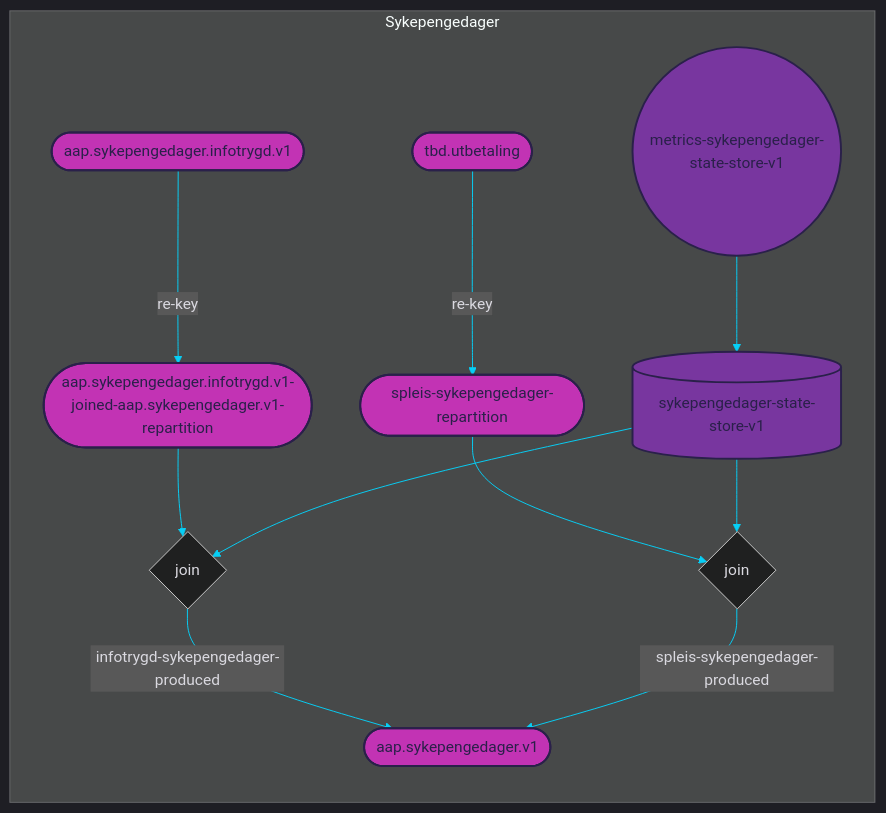
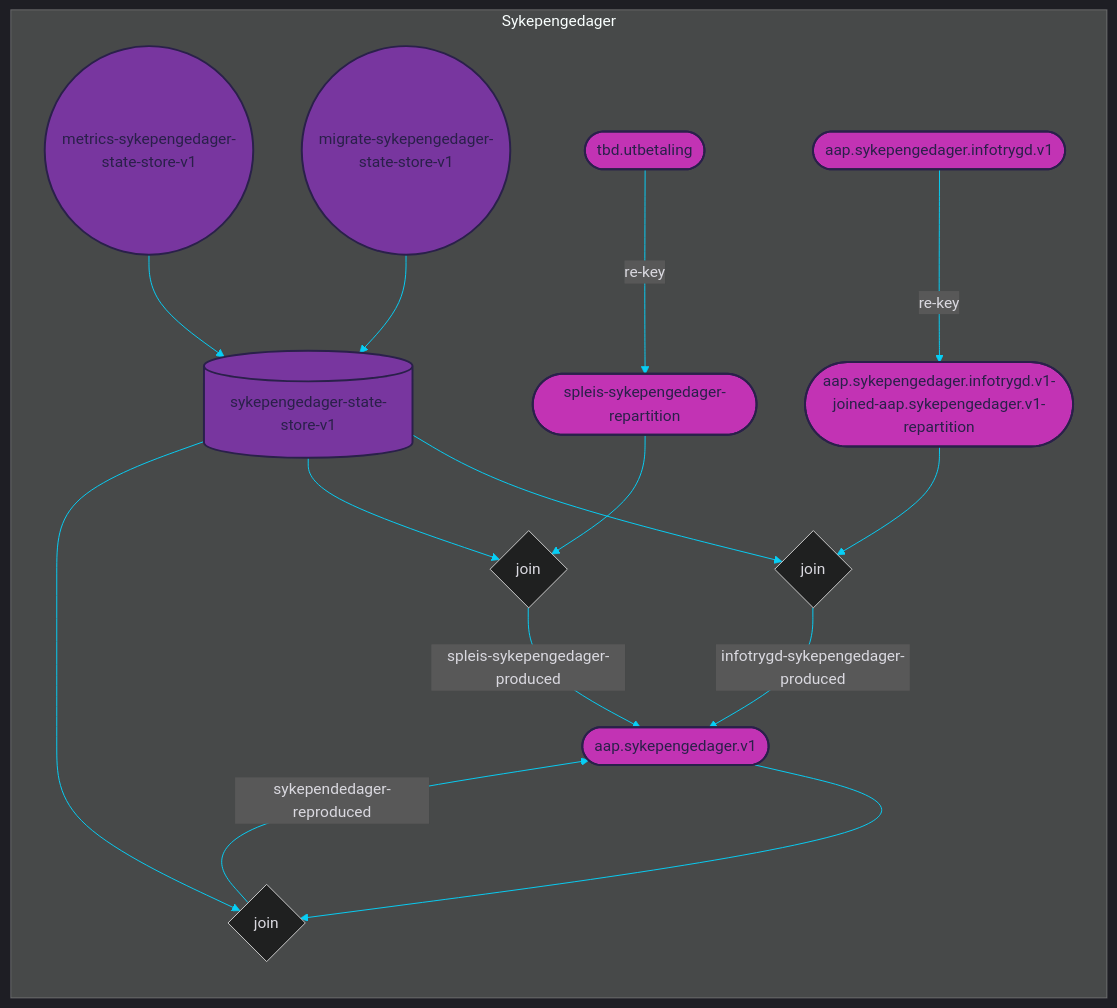
The diagram in doc/topology.mermaid (navikt/aap-sykepengedager), drawn with Mermaid before and after one commit. The commit also changed 20 other files, not shown here.

```diff
--- a/doc/topology.mermaid
+++ b/doc/topology.mermaid
@@ -1,54 +1,61 @@
 
 %%{init: {'theme': 'dark', 'themeVariables': { 'primaryColor': '#07cff6', 'textColor': '#dad9e0', 'lineColor': '#07cff6'}}}%%
 
 graph LR
 
 subgraph Sykepengedager
     %% TOPICS
-    spleis-sykepengedager-repartition([spleis-sykepengedager-repartition])
+    aap.sykepengedager.v1([aap.sykepengedager.v1])
+	spleis-sykepengedager-repartition([spleis-sykepengedager-repartition])
 	aap.sykepengedager.infotrygd.v1-joined-aap.sykepengedager.v1-repartition([aap.sykepengedager.infotrygd.v1-joined-aap.sykepengedager.v1-repartition])
-	aap.sykepengedager.v1([aap.sykepengedager.v1])
 	tbd.utbetaling([tbd.utbetaling])
 	aap.sykepengedager.infotrygd.v1([aap.sykepengedager.infotrygd.v1])
     
     %% JOINS
     join-0{join}
 	join-1{join}
+	join-2{join}
     
     %% STATE STORES
     sykepengedager-state-store-v1[(sykepengedager-state-store-v1)]
     
     %% PROCESSOR API JOBS
     metrics-sykepengedager-state-store-v1((metrics-sykepengedager-state-store-v1))
+	migrate-sykepengedager-state-store-v1((migrate-sykepengedager-state-store-v1))
     
     %% JOIN STREAMS
     aap.sykepengedager.infotrygd.v1-joined-aap.sykepengedager.v1-repartition --> join-0
 	sykepengedager-state-store-v1 --> join-0
 	join-0 --> |infotrygd-sykepengedager-produced| aap.sykepengedager.v1
 	spleis-sykepengedager-repartition --> join-1
 	sykepengedager-state-store-v1 --> join-1
 	join-1 --> |spleis-sykepengedager-produced| aap.sykepengedager.v1
+	aap.sykepengedager.v1 --> join-2
+	sykepengedager-state-store-v1 --> join-2
+	join-2 --> |sykependedager-reproduced| aap.sykepengedager.v1
     
     %% JOB STREAMS
     metrics-sykepengedager-state-store-v1 --> sykepengedager-state-store-v1
+	migrate-sykepengedager-state-store-v1 --> sykepengedager-state-store-v1
     
     %% REPARTITION STREAMS
     tbd.utbetaling --> |re-key| spleis-sykepengedager-repartition
 	aap.sykepengedager.infotrygd.v1 --> |re-key| aap.sykepengedager.infotrygd.v1-joined-aap.sykepengedager.v1-repartition
 end
 
 %% COLORS
 %% light    #dad9e0
 %% purple   #78369f
 %% pink     #c233b4
 %% dark     #2a204a
 %% blue     #07cff6
 
 %% STYLES
+style aap.sykepengedager.v1 fill:#c233b4, stroke:#2a204a, stroke-width:2px, color:#2a204a
 style spleis-sykepengedager-repartition fill:#c233b4, stroke:#2a204a, stroke-width:2px, color:#2a204a
 style aap.sykepengedager.infotrygd.v1-joined-aap.sykepengedager.v1-repartition fill:#c233b4, stroke:#2a204a, stroke-width:2px, color:#2a204a
-style aap.sykepengedager.v1 fill:#c233b4, stroke:#2a204a, stroke-width:2px, color:#2a204a
 style tbd.utbetaling fill:#c233b4, stroke:#2a204a, stroke-width:2px, color:#2a204a
 style aap.sykepengedager.infotrygd.v1 fill:#c233b4, stroke:#2a204a, stroke-width:2px, color:#2a204a
 style sykepengedager-state-store-v1 fill:#78369f, stroke:#2a204a, stroke-width:2px, color:#2a204a
 style metrics-sykepengedager-state-store-v1 fill:#78369f, stroke:#2a204a, stroke-width:2px, color:#2a204a
+style migrate-sykepengedager-state-store-v1 fill:#78369f, stroke:#2a204a, stroke-width:2px, color:#2a204a
```
